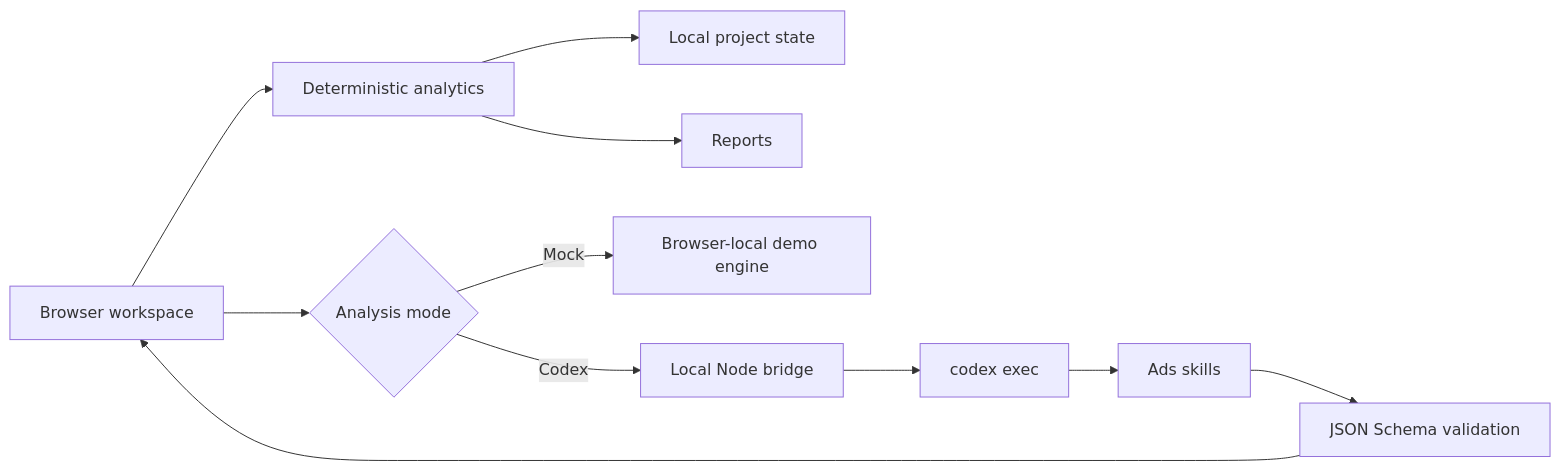
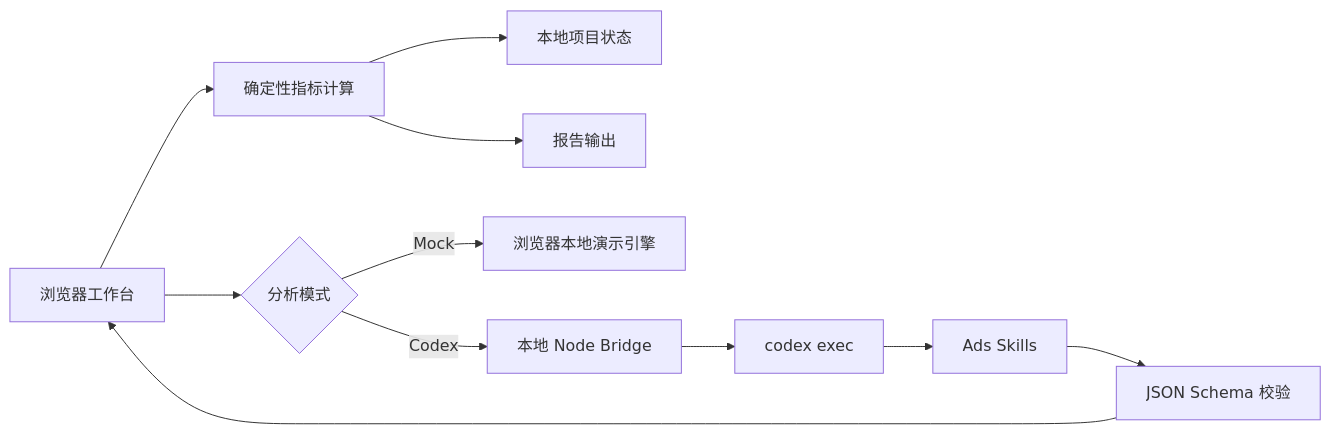
Before and after one commit to leoL007/open-adops: the diagram in README.md, drawn with Mermaid. The commit also changed other lines of this file and 2 other files, not shown here.

````diff
--- a/README.md
+++ b/README.md
@@ -89,13 +89,13 @@
 ```mermaid
 flowchart LR
-  A[Browser workspace] --> B[Deterministic analytics]
-  B --> C[Local project state]
-  B --> D[Reports]
-  A --> E{Analysis mode}
-  E -->|Mock| F[Browser-local demo engine]
-  E -->|Codex| G[Local Node bridge]
+  A[浏览器工作台] --> B[确定性指标计算]
+  B --> C[本地项目状态]
+  B --> D[报告输出]
+  A --> E{分析模式}
+  E -->|Mock| F[浏览器本地演示引擎]
+  E -->|Codex| G[本地 Node Bridge]
   G --> H[codex exec]
-  H --> I[Ads skills]
-  I --> J[JSON Schema validation]
+  H --> I[Ads Skills]
+  I --> J[JSON Schema 校验]
   J --> A
 ```
````
